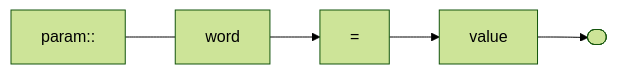
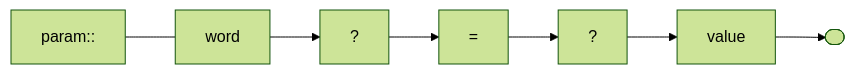
The eighth of 18 diagrams in README.md (andrewfstratton/quandoscript), drawn with Mermaid (forest theme) before and after one commit. The commit also changed other lines of this file, not shown here.

````diff
--- a/README.md
+++ b/README.md
@@ -60,5 +60,5 @@
 ```mermaid
 graph LR
-    stop([" "])
-    param:: --- word --> eq["="]-->value-->stop
+    stop([ ])
+    param:: --- word --> ? --> eq["="]-->rq[?]-->value-->stop
 ```
````
